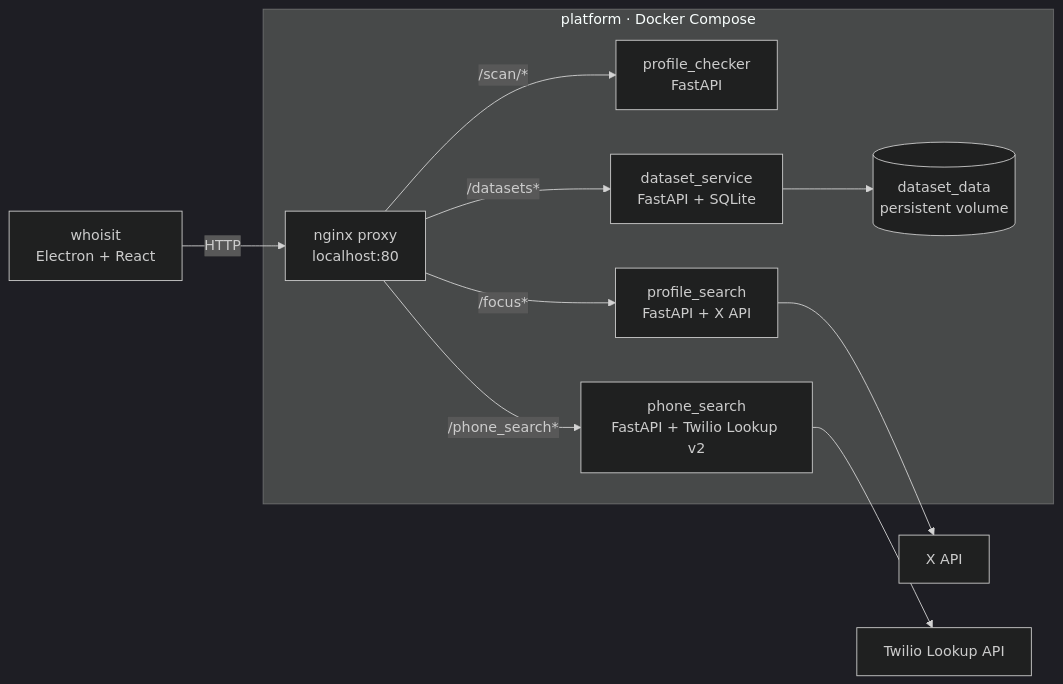
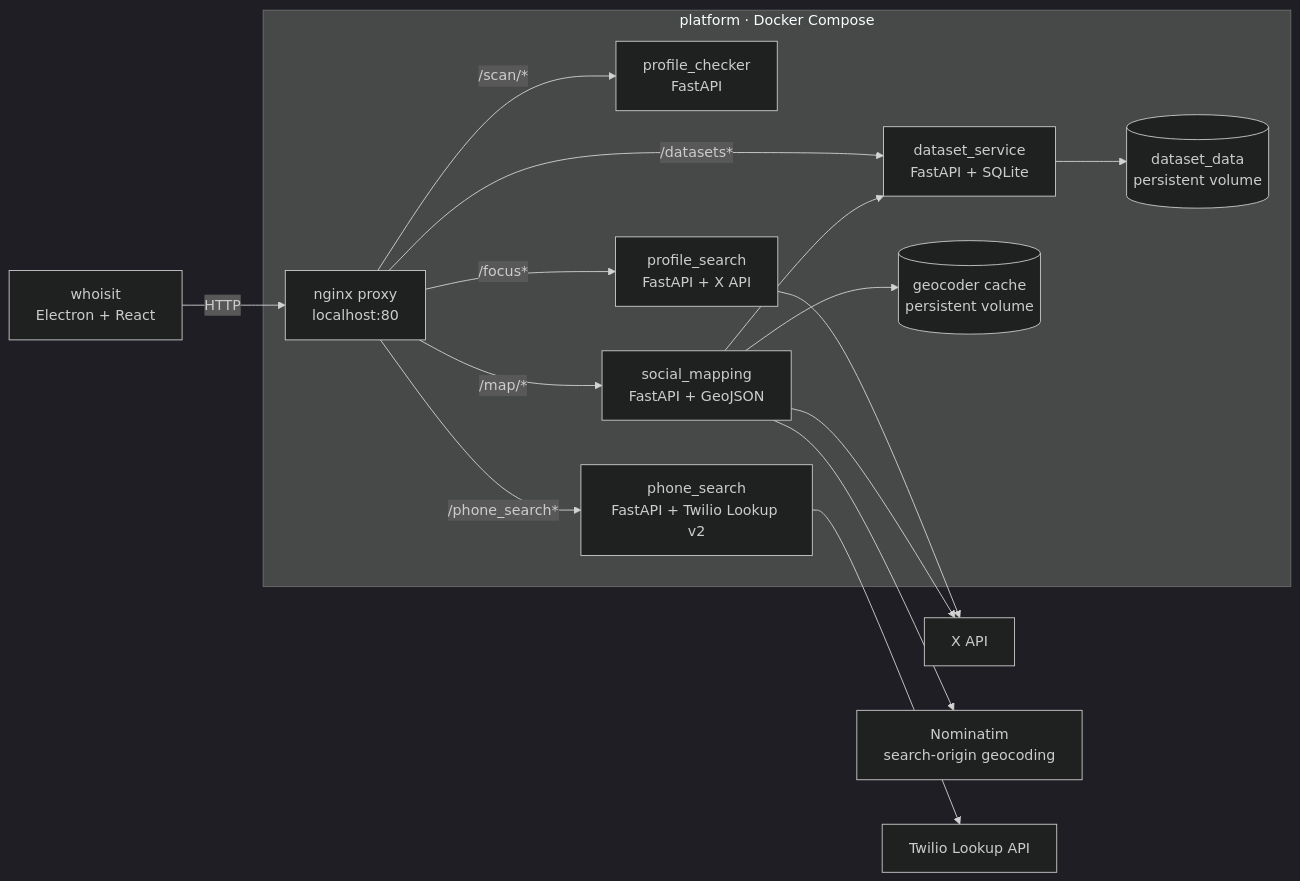
The diagram in profile/README.md (osint-services/.github), drawn with Mermaid (dark theme) before and after one commit. The commit also changed other lines of this file, not shown here.

Commit message:
Document the Social Mapping integration

````diff
--- a/profile/README.md
+++ b/profile/README.md
@@ -7,15 +7,20 @@
 ```mermaid
 flowchart LR
     UI["whoisit<br/>Electron + React"] -->|HTTP| Proxy["nginx proxy<br/>localhost:80"]
 
     subgraph Platform["platform · Docker Compose"]
         Proxy -->|/scan/*| Checker["profile_checker<br/>FastAPI"]
         Proxy -->|/focus*| Search["profile_search<br/>FastAPI + X API"]
         Proxy -->|/phone_search*| Phone["phone_search<br/>FastAPI + Twilio Lookup v2"]
         Proxy -->|/datasets*| Data["dataset_service<br/>FastAPI + SQLite"]
+        Proxy -->|/map/*| Mapping["social_mapping<br/>FastAPI + GeoJSON"]
         Data --> Volume[("dataset_data<br/>persistent volume")]
+        Mapping --> Data
+        Mapping --> Cache[("geocoder cache<br/>persistent volume")]
     end
 
     Search --> X["X API"]
+    Mapping --> X
+    Mapping --> Nominatim["Nominatim<br/>search-origin geocoding"]
     Phone --> Twilio["Twilio Lookup API"]
 ```
````
